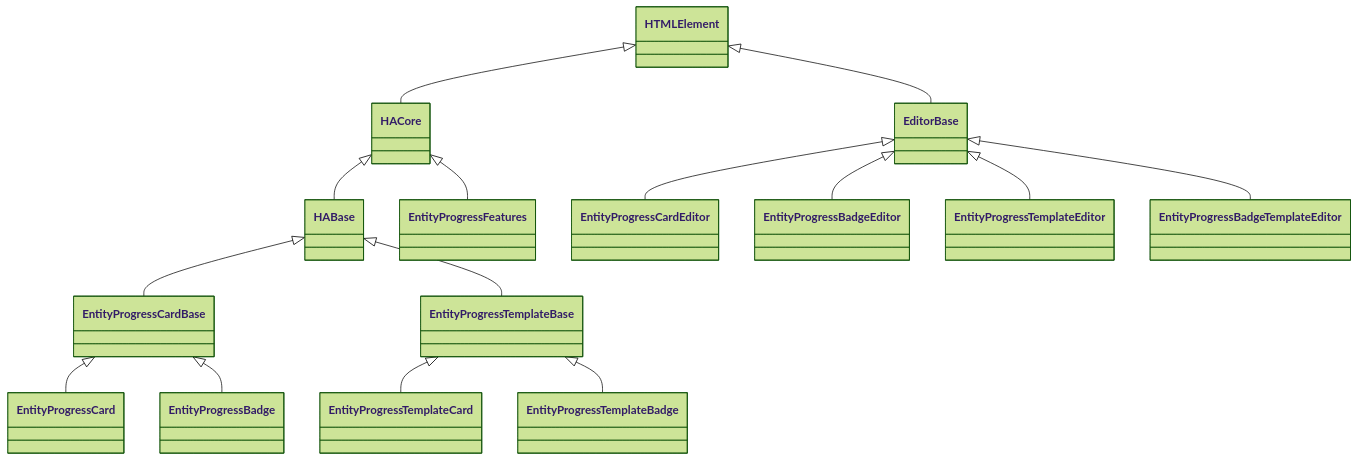
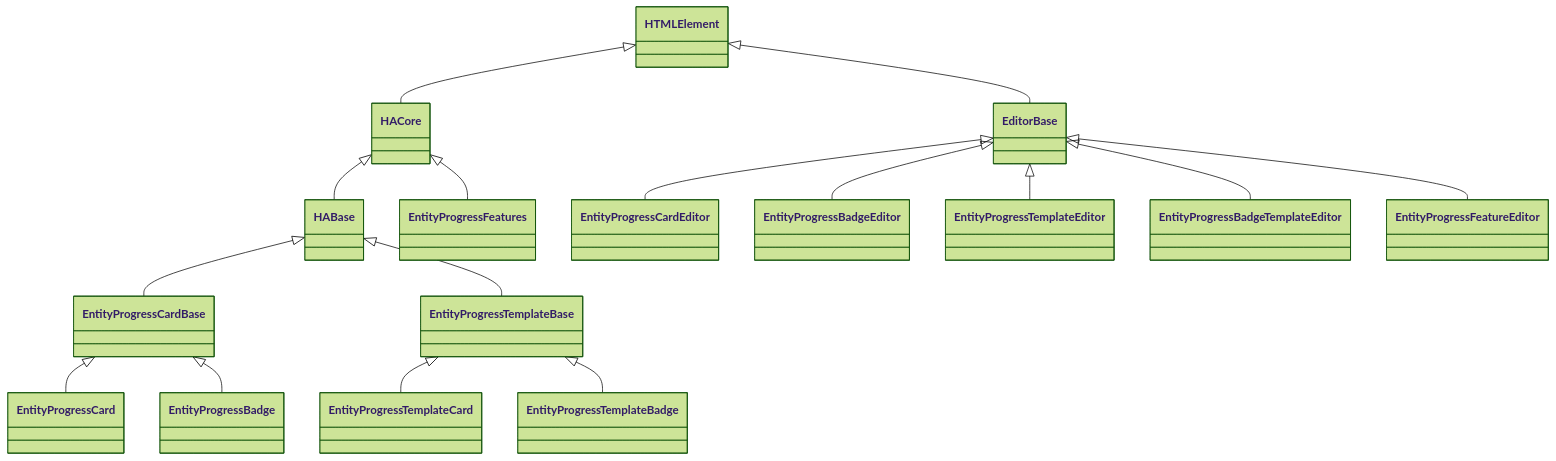
Before and after one commit to francois-le-ko4la/lovelace-entity-progress-card: the first of 3 diagrams in docs/development.md, drawn with Mermaid (forest theme). The commit also changed other lines of this file and 91 other files, not shown here.

````diff
--- a/docs/development.md
+++ b/docs/development.md
@@ -93,17 +95,18 @@
 ```mermaid
 classDiagram
     HTMLElement <|-- HACore
     HACore <|-- HABase
     HACore <|-- EntityProgressFeatures
     HABase <|-- EntityProgressCardBase
     HABase <|-- EntityProgressTemplateBase
     EntityProgressCardBase <|-- EntityProgressCard
     EntityProgressCardBase <|-- EntityProgressBadge
     EntityProgressTemplateBase <|-- EntityProgressTemplateCard
     EntityProgressTemplateBase <|-- EntityProgressTemplateBadge
     HTMLElement <|-- EditorBase
     EditorBase <|-- EntityProgressCardEditor
     EditorBase <|-- EntityProgressBadgeEditor
     EditorBase <|-- EntityProgressTemplateEditor
     EditorBase <|-- EntityProgressBadgeTemplateEditor
+    EditorBase <|-- EntityProgressFeatureEditor
 ```
````
